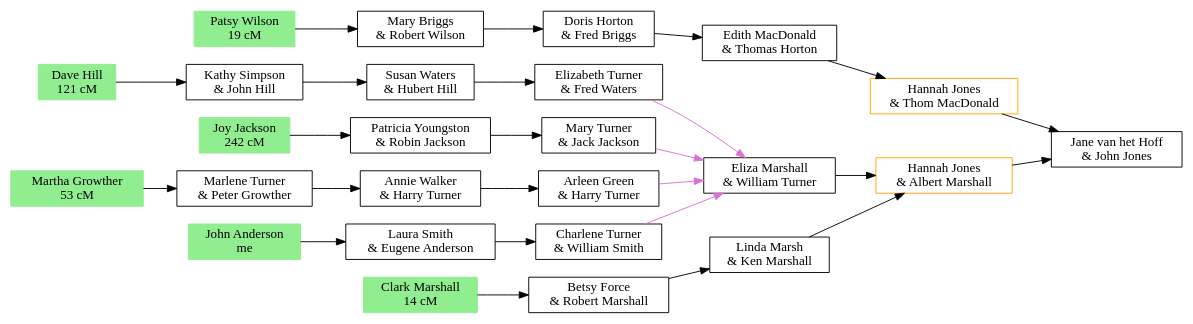
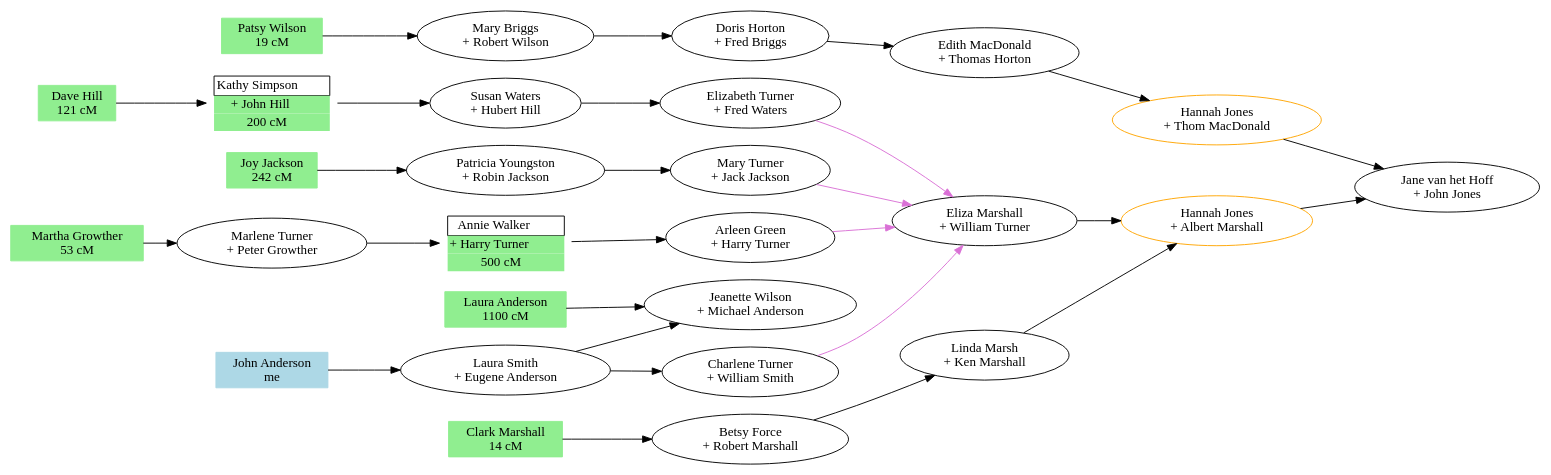
Before and after one commit to johnandrea/draw-dna-matches: the diagram in test-data/test-family.dot, drawn with Graphviz. The commit also changed 2 other files, not shown here.

```diff
--- a/test-data/test-family.dot
+++ b/test-data/test-family.dot
@@ -1,53 +1,68 @@
 digraph family {
-node [shape=record];
 rankdir=LR;
-i11 [label="Patsy Wilson\n19 cM",color=lightgreen,style=filled];
-i24 [label="Dave Hill\n121 cM",color=lightgreen,style=filled];
-i28 [label="Joy Jackson\n242 cM",color=lightgreen,style=filled];
-i34 [label="Martha Growther\n53 cM",color=lightgreen,style=filled];
-i38 [label="John Anderson\nme",color=lightgreen,style=filled];
-i43 [label="Clark Marshall\n14 cM",color=lightgreen,style=filled];
-f5 [label="Mary Briggs\n& Robert Wilson"];
-f4 [label="Doris Horton\n& Fred Briggs"];
-f3 [label="Edith MacDonald\n& Thomas Horton"];
-f2 [label="Hannah Jones\n& Thom MacDonald",color=orange];
-f1 [label="Jane van het Hoff\n& John Jones"];
-f10 [label="Kathy Simpson\n& John Hill"];
-f9 [label="Susan Waters\n& Hubert Hill"];
-f8 [label="Elizabeth Turner\n& Fred Waters"];
-f7 [label="Eliza Marshall\n& William Turner"];
-f12 [label="Patricia Youngston\n& Robin Jackson"];
-f11 [label="Mary Turner\n& Jack Jackson"];
-f15 [label="Marlene Turner\n& Peter Growther"];
-f14 [label="Annie Walker\n& Harry Turner"];
-f13 [label="Arleen Green\n& Harry Turner"];
-f19 [label="Betsy Force\n& Robert Marshall"];
-f18 [label="Linda Marsh\n& Ken Marshall"];
-f6 [label="Hannah Jones\n& Albert Marshall",color=orange];
-f17 [label="Laura Smith\n& Eugene Anderson"];
-f16 [label="Charlene Turner\n& William Smith"];
-i38 -> f17;
-f17 -> f16;
-f16 -> f7 [color=orchid];
-f7 -> f6;
-f6 -> f1;
+i11 [label="Patsy Wilson\n19 cM", shape="record", style=filled, color=lightgreen];
+f5 [label="Mary Briggs\n+ Robert Wilson"];
+f4 [label="Doris Horton\n+ Fred Briggs"];
+f3 [label="Edith MacDonald\n+ Thomas Horton"];
+f2 [label="Hannah Jones\n+ Thom MacDonald", color=orange];
+f1 [label="Jane van het Hoff\n+ John Jones"];
+f9 [label="Susan Waters\n+ Hubert Hill"];
+f8 [label="Elizabeth Turner\n+ Fred Waters"];
+f7 [label="Eliza Marshall\n+ William Turner"];
+i24 [label="Dave Hill\n121 cM", shape="record", style=filled, color=lightgreen];
+f10 [label=<
+<table cellpadding="2" cellborder="0" cellspacing="0" border="0">
+<tr><td border="1"> Kathy Simpson </td></tr>
+<tr><td bgcolor="lightgreen"> + John Hill </td></tr>
+<tr><td bgcolor="lightgreen">200 cM</td></tr>
+</table>
+>, shape="none"];
+i28 [label="Joy Jackson\n242 cM", shape="record", style=filled, color=lightgreen];
+f12 [label="Patricia Youngston\n+ Robin Jackson"];
+f11 [label="Mary Turner\n+ Jack Jackson"];
+f13 [label="Arleen Green\n+ Harry Turner"];
+i34 [label="Martha Growther\n53 cM", shape="record", style=filled, color=lightgreen];
+f15 [label="Marlene Turner\n+ Peter Growther"];
+f14 [label=<
+<table cellpadding="2" cellborder="0" cellspacing="0" border="0">
+<tr><td border="1"> Annie Walker </td></tr>
+<tr><td bgcolor="lightgreen"> + Harry Turner </td></tr>
+<tr><td bgcolor="lightgreen">500 cM</td></tr>
+</table>
+>, shape="none"];
+i38 [label="John Anderson\nme", shape="record", style=filled, color=lightblue];
+i43 [label="Clark Marshall\n14 cM", shape="record", style=filled, color=lightgreen];
+f19 [label="Betsy Force\n+ Robert Marshall"];
+f18 [label="Linda Marsh\n+ Ken Marshall"];
+f6 [label="Hannah Jones\n+ Albert Marshall", color=orange];
+i46 [label="Laura Anderson\n1100 cM", shape="record", style=filled, color=lightgreen];
+f20 [label="Jeanette Wilson\n+ Michael Anderson"];
+f17 [label="Laura Smith\n+ Eugene Anderson"];
+f16 [label="Charlene Turner\n+ William Smith"];
 i11 -> f5;
 f5 -> f4;
 f4 -> f3;
 f3 -> f2;
 f2 -> f1;
 i24 -> f10;
 f10 -> f9;
 f9 -> f8;
 f8 -> f7 [color=orchid];
 i28 -> f12;
 f12 -> f11;
 f11 -> f7 [color=orchid];
 i34 -> f15;
 f15 -> f14;
 f14 -> f13;
 f13 -> f7 [color=orchid];
 i43 -> f19;
 f19 -> f18;
 f18 -> f6;
+i46 -> f20;
+i38 -> f17;
+f17 -> f16;
+f16 -> f7 [color=orchid];
+f7 -> f6;
+f6 -> f1;
+f17 -> f20;
 }
```
